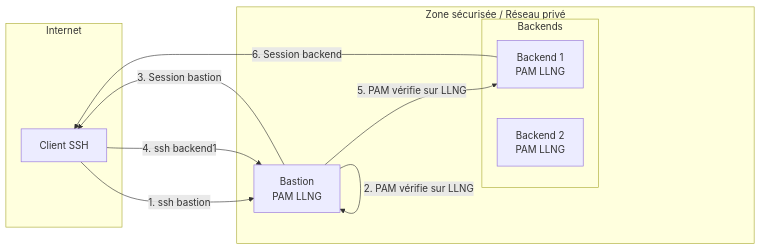
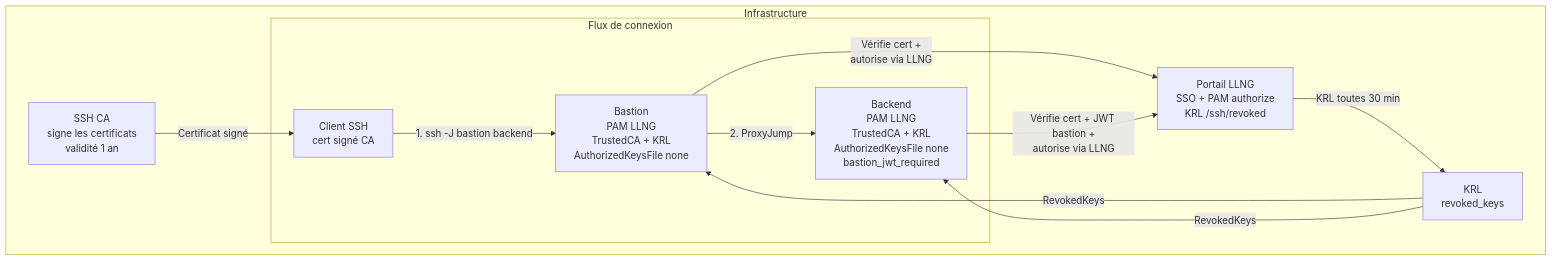
One commit to linagora/open-bastion changed the first of 5 diagrams in doc/security/02-ssh-connection.md. Above: the diagram before and after it, drawn with Mermaid. The commit also changed other lines of this file and 4 other files, not shown here.

````diff
--- a/doc/security/02-ssh-connection.md
+++ b/doc/security/02-ssh-connection.md
@@ -230,21 +33,22 @@
 ```mermaid
-flowchart LR
-    subgraph External["Internet"]
-        Client[Client SSH]
+flowchart TB
+    subgraph Infrastructure
+        CA[SSH CA<br/>signe les certificats<br/>validité 1 an]
+        LLNG[Portail LLNG<br/>SSO + PAM authorize<br/>KRL /ssh/revoked]
+        KRL[KRL<br/>revoked_keys]
+
+        CA -->|Certificat signé| Client
+
+        subgraph ConnectionFlow["Flux de connexion"]
+            Client[Client SSH<br/>cert signé CA] -->|1. ssh -J bastion backend| Bastion[Bastion<br/>PAM LLNG<br/>TrustedCA + KRL<br/>AuthorizedKeysFile none]
+            Bastion -->|2. ProxyJump| Backend[Backend<br/>PAM LLNG<br/>TrustedCA + KRL<br/>AuthorizedKeysFile none<br/>bastion_jwt_required]
+        end
+
+        LLNG -->|KRL toutes 30 min| KRL
+        KRL -->|RevokedKeys| Bastion
+        KRL -->|RevokedKeys| Backend
+
+        Bastion -->|Vérifie cert +<br/>autorise via LLNG| LLNG
+        Backend -->|Vérifie cert + JWT bastion +<br/>autorise via LLNG| LLNG
     end
-
-    subgraph SecureZone["Zone sécurisée / Réseau privé"]
-        Bastion[Bastion<br/>PAM LLNG]
-        subgraph Backends["Backends"]
-            Backend1[Backend 1<br/>PAM LLNG]
-            Backend2[Backend 2<br/>PAM LLNG]
-        end
-    end
-
-    Client -->|1. ssh bastion| Bastion
-    Bastion -->|2. PAM vérifie sur LLNG| Bastion
-    Bastion -->|3. Session bastion| Client
-    Client -->|4. ssh backend1| Bastion
-    Bastion -->|5. PAM vérifie sur LLNG| Backend1
-    Backend1 -->|6. Session backend| Client
 ```
````
